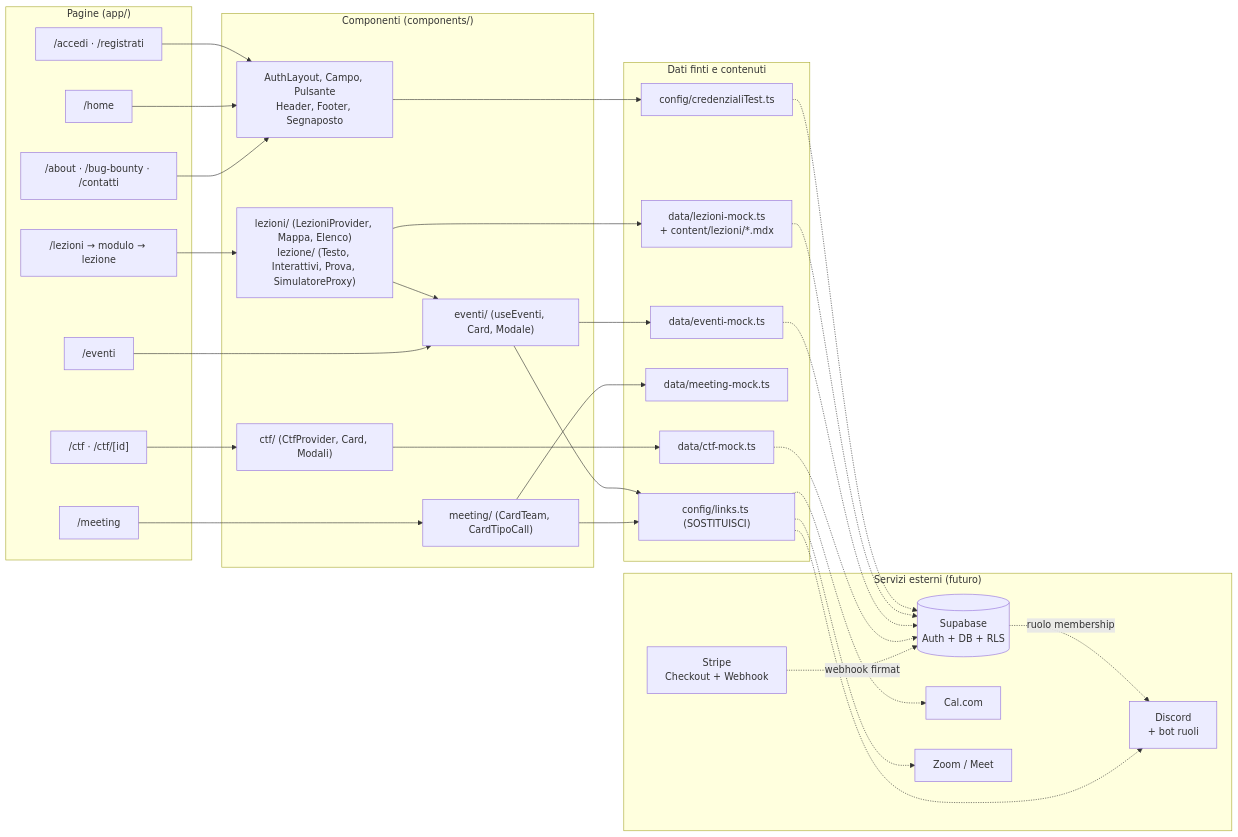
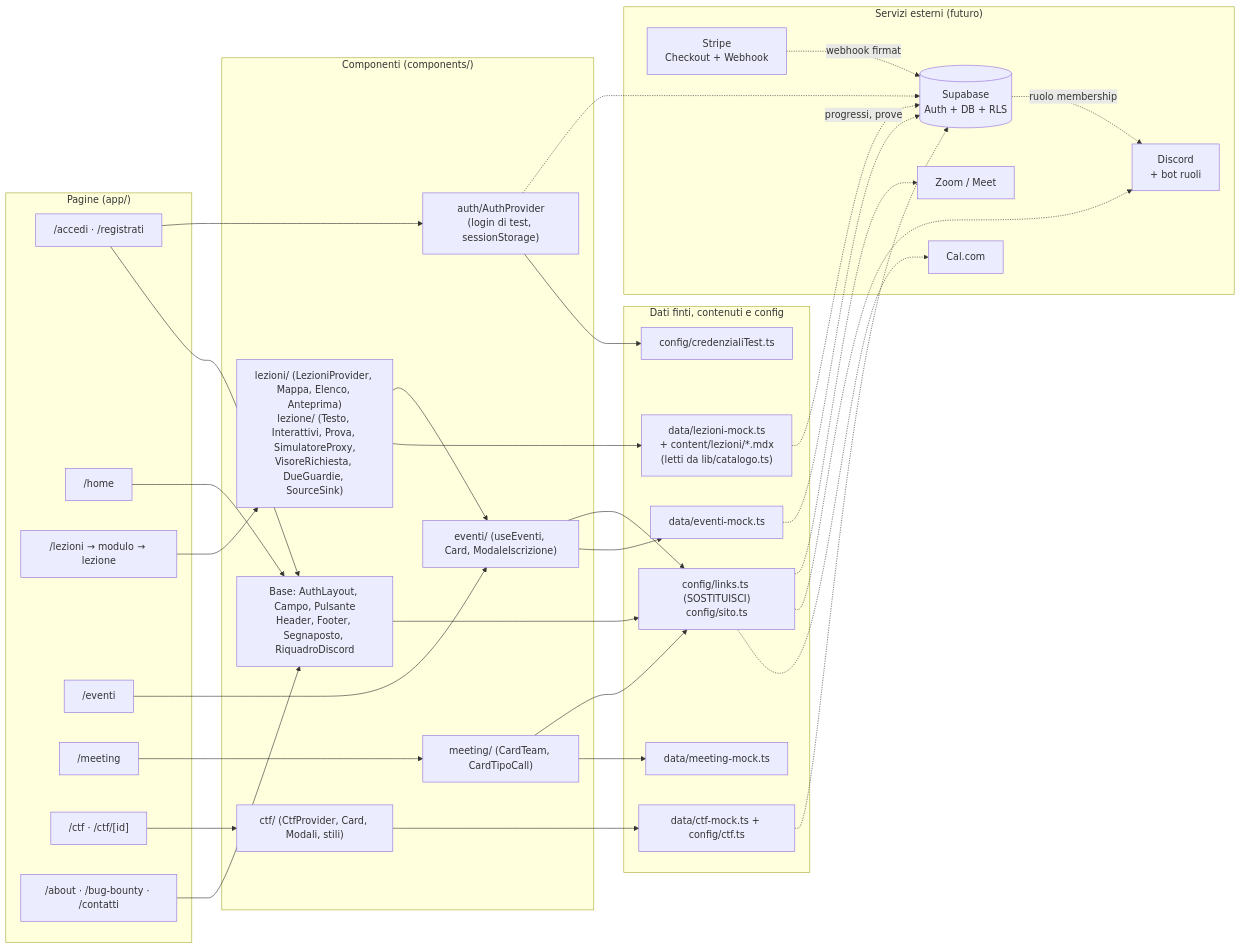
Before and after one commit to sec4hercommunity/app-sec4her: the diagram in docs/STATO-PROGETTO.md, drawn with Mermaid. The commit also changed other lines of this file and 1 other file, not shown here.

````diff
--- a/docs/STATO-PROGETTO.md
+++ b/docs/STATO-PROGETTO.md
@@ -80,58 +88,61 @@
 ```mermaid
 flowchart LR
   subgraph Pagine["Pagine (app/)"]
     P1["/accedi · /registrati"]
     P2["/home"]
     P3["/lezioni → modulo → lezione"]
     P4["/eventi"]
     P5["/meeting"]
     P6["/ctf · /ctf/[id]"]
     P7["/about · /bug-bounty · /contatti"]
   end
 
   subgraph Componenti["Componenti (components/)"]
-    C0["AuthLayout, Campo, Pulsante<br/>Header, Footer, Segnaposto"]
-    C1["lezioni/ (LezioniProvider, Mappa, Elenco)<br/>lezione/ (Testo, Interattivi, Prova, SimulatoreProxy)"]
-    C2["eventi/ (useEventi, Card, Modale)"]
+    C0["Base: AuthLayout, Campo, Pulsante<br/>Header, Footer, Segnaposto, RiquadroDiscord"]
+    A0["auth/AuthProvider<br/>(login di test, sessionStorage)"]
+    C1["lezioni/ (LezioniProvider, Mappa, Elenco, Anteprima)<br/>lezione/ (Testo, Interattivi, Prova, SimulatoreProxy,<br/>VisoreRichiesta, DueGuardie, SourceSink)"]
+    C2["eventi/ (useEventi, Card, ModaleIscrizione)"]
     C3["meeting/ (CardTeam, CardTipoCall)"]
-    C4["ctf/ (CtfProvider, Card, Modali)"]
+    C4["ctf/ (CtfProvider, Card, Modali, stili)"]
   end
 
-  subgraph Dati["Dati finti e contenuti"]
+  subgraph Dati["Dati finti, contenuti e config"]
     D0["config/credenzialiTest.ts"]
-    D1["data/lezioni-mock.ts<br/>+ content/lezioni/*.mdx"]
+    D1["data/lezioni-mock.ts<br/>+ content/lezioni/*.mdx<br/>(letti da lib/catalogo.ts)"]
     D2["data/eventi-mock.ts"]
     D3["data/meeting-mock.ts"]
-    D4["data/ctf-mock.ts"]
-    D5["config/links.ts (SOSTITUISCI)"]
+    D4["data/ctf-mock.ts + config/ctf.ts"]
+    D5["config/links.ts (SOSTITUISCI)<br/>config/sito.ts"]
   end
 
   subgraph Futuro["Servizi esterni (futuro)"]
     S1[("Supabase<br/>Auth + DB + RLS")]
     S2["Stripe<br/>Checkout + Webhook"]
     S3["Cal.com"]
     S4["Discord<br/>+ bot ruoli"]
     S5["Zoom / Meet"]
   end
 
-  P1 --> C0 --> D0
+  P1 --> C0
+  P1 --> A0 --> D0
   P2 --> C0
   P7 --> C0
   P3 --> C1 --> D1
   C1 --> C2
   P4 --> C2 --> D2
   P5 --> C3 --> D3
   P6 --> C4 --> D4
+  C0 --> D5
   C2 --> D5
   C3 --> D5
 
-  D0 -.-> S1
-  D1 -.-> S1
+  A0 -.-> S1
+  D1 -.progressi, prove.-> S1
   D2 -.-> S1
   D4 -.-> S1
   S2 -.webhook firmato.-> S1
   S1 -.ruolo membership.-> S4
   D5 -.-> S3
   D5 -.-> S4
   D5 -.-> S5
 ```
````
